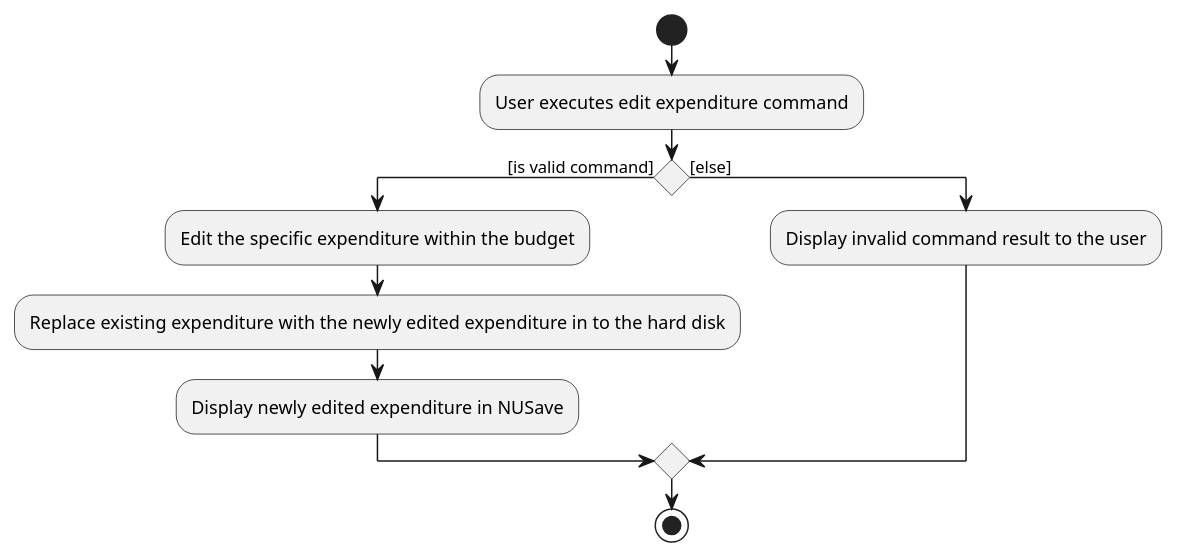
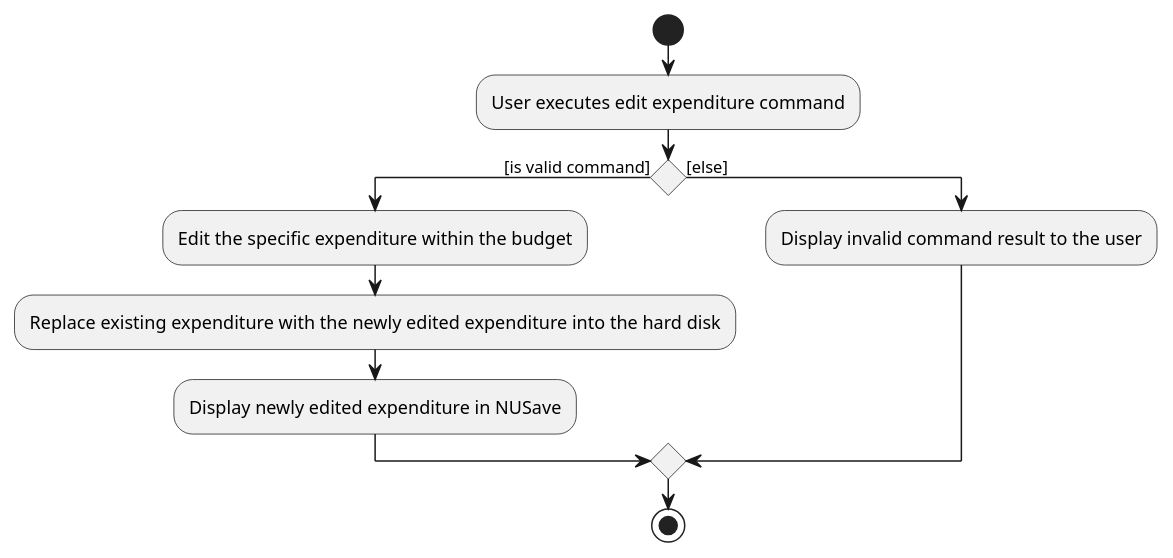
Before and after one commit to yu-ming-chen/tp: the diagram in docs/diagrams/commandsPlantUML/EditExpenditureActivityDiagram.puml, drawn with PlantUML. The commit also changed 8 other files, not shown here.

Commit message:
Fix diagrams

```diff
--- a/docs/diagrams/commandsPlantUML/EditExpenditureActivityDiagram.puml
+++ b/docs/diagrams/commandsPlantUML/EditExpenditureActivityDiagram.puml
@@ -1,16 +1,16 @@
 @startuml
 start
 :User executes edit expenditure command;
 
 'Since the beta syntax does not support placing the condition outside the
 'diamond we place it as the true branch instead.
 
 if () then ([is valid command])
     :Edit the specific expenditure within the budget;
-    :Replace existing expenditure with the newly edited expenditure in to the hard disk;
+    :Replace existing expenditure with the newly edited expenditure into the hard disk;
     :Display newly edited expenditure in NUSave;
 else ([else])
 :Display invalid command result to the user;
 endif
 stop
 @enduml
```
